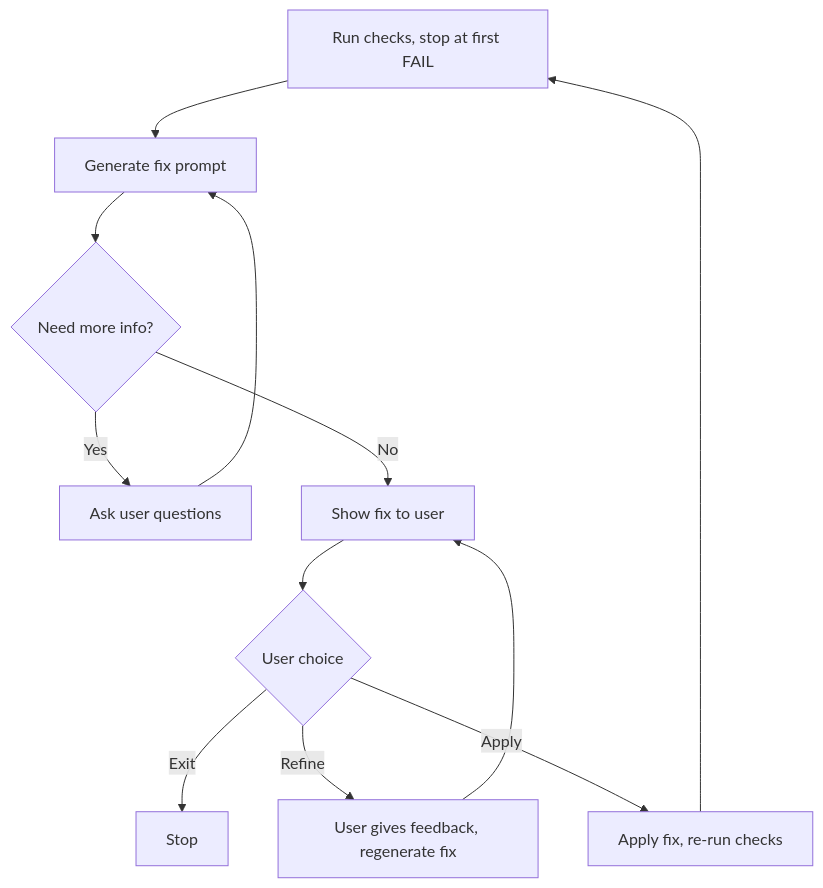
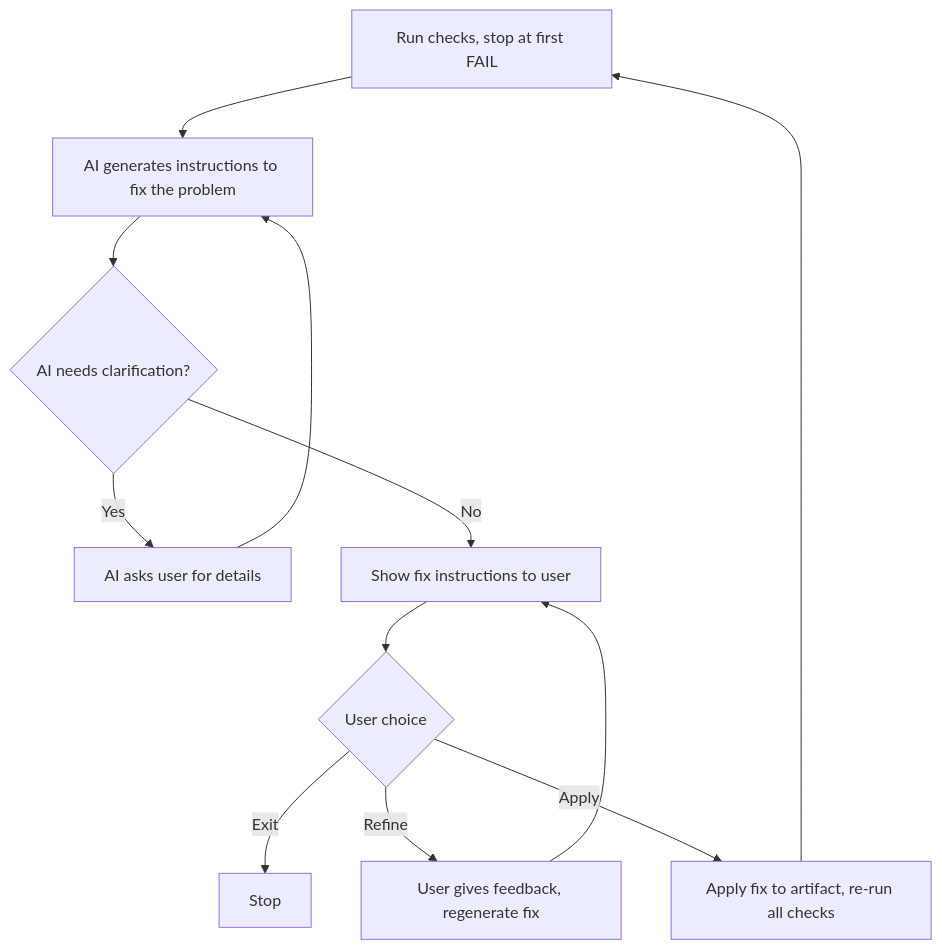
The second of 2 diagrams in scripts/bmad-cli/checklist-validation.md (ondatra-ai/awesome-claude-mcp), drawn with Mermaid before and after one commit. The commit also changed other lines of this file, not shown here.

First line of the commit message:
docs: clarify vague terms in checklist-validation diagrams and text

````diff
--- a/scripts/bmad-cli/checklist-validation.md
+++ b/scripts/bmad-cli/checklist-validation.md
@@ -99,14 +99,14 @@
 ```mermaid
 flowchart TD
-    A[Run checks, stop at first FAIL] --> B[Generate fix prompt]
-    B --> C{Need more info?}
-    C -->|Yes| D[Ask user questions]
+    A[Run checks, stop at first FAIL] --> B[AI generates instructions to fix the problem]
+    B --> C{AI needs clarification?}
+    C -->|Yes| D[AI asks user for details]
     D --> B
-    C -->|No| E[Show fix to user]
+    C -->|No| E[Show fix instructions to user]
     E --> F{User choice}
-    F -->|Apply| G[Apply fix, re-run checks]
+    F -->|Apply| G[Apply fix to artifact, re-run all checks]
     F -->|Refine| H[User gives feedback, regenerate fix]
     F -->|Exit| I[Stop]
     H --> E
     G --> A
 ```
````
